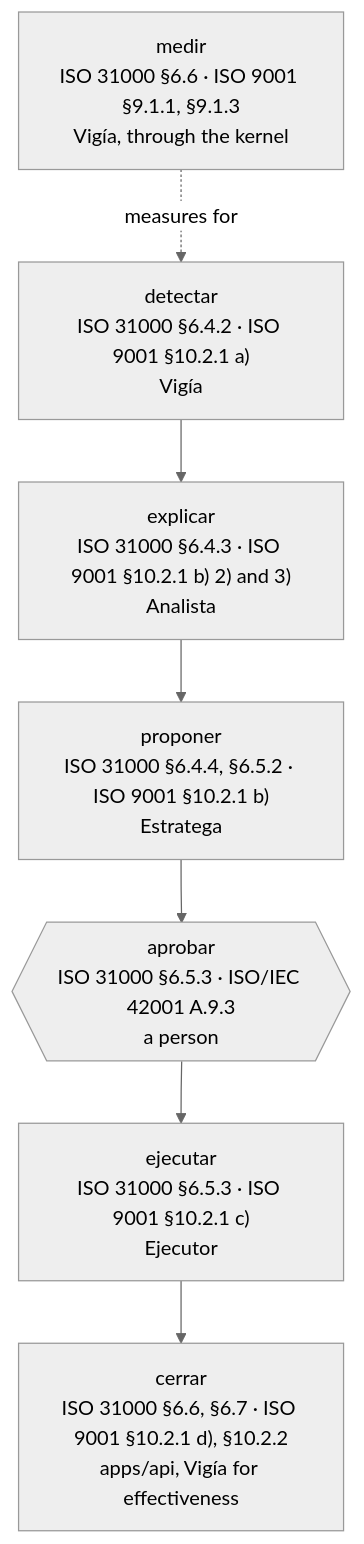
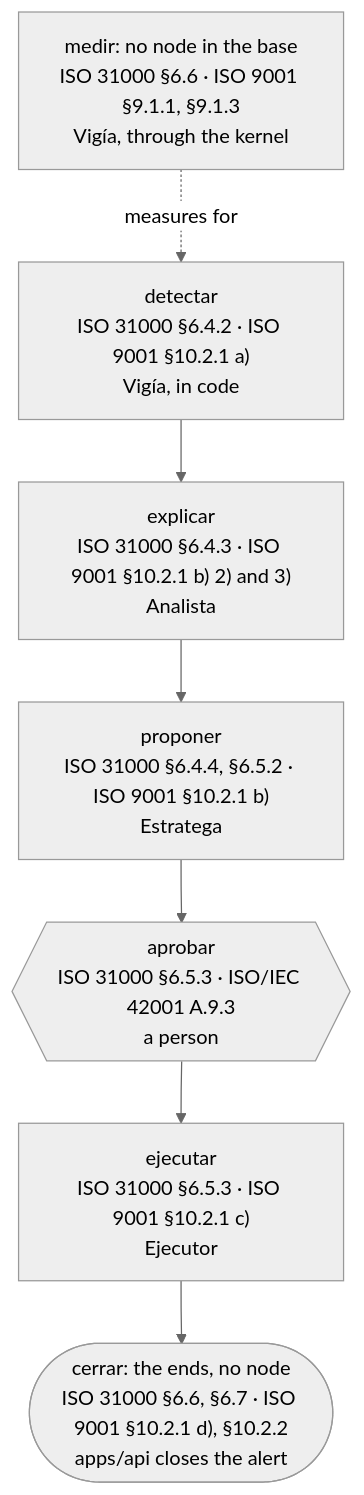
One commit to alejandroserranodev-ant/Centinela changed the first of 3 diagrams in docs/guide/chapters/decision-tree.md. Above: the diagram before and after it, drawn with Mermaid (neutral theme). The commit also changed other lines of this file and 9 other files, not shown here.

````diff
--- a/docs/guide/chapters/decision-tree.md
+++ b/docs/guide/chapters/decision-tree.md
@@ -33,12 +29,12 @@
 ```mermaid
 flowchart TB
-  detectar["detectar<br/>ISO 31000 §6.4.2 · ISO 9001 §10.2.1 a)<br/>Vigía"]
+  detectar["detectar<br/>ISO 31000 §6.4.2 · ISO 9001 §10.2.1 a)<br/>Vigía, in code"]
   explicar["explicar<br/>ISO 31000 §6.4.3 · ISO 9001 §10.2.1 b) 2) and 3)<br/>Analista"]
   proponer["proponer<br/>ISO 31000 §6.4.4, §6.5.2 · ISO 9001 §10.2.1 b)<br/>Estratega"]
   aprobar{{"aprobar<br/>ISO 31000 §6.5.3 · ISO/IEC 42001 A.9.3<br/>a person"}}
   ejecutar["ejecutar<br/>ISO 31000 §6.5.3 · ISO 9001 §10.2.1 c)<br/>Ejecutor"]
-  cerrar["cerrar<br/>ISO 31000 §6.6, §6.7 · ISO 9001 §10.2.1 d), §10.2.2<br/>apps/api, Vigía for effectiveness"]
-  medir["medir<br/>ISO 31000 §6.6 · ISO 9001 §9.1.1, §9.1.3<br/>Vigía, through the kernel"]
+  cerrar(["cerrar: the ends, no node<br/>ISO 31000 §6.6, §6.7 · ISO 9001 §10.2.1 d), §10.2.2<br/>apps/api closes the alert"])
+  medir["medir: no node in the base<br/>ISO 31000 §6.6 · ISO 9001 §9.1.1, §9.1.3<br/>Vigía, through the kernel"]
   detectar --> explicar --> proponer --> aprobar --> ejecutar --> cerrar
   medir -. measures for .-> detectar
 ```
````
